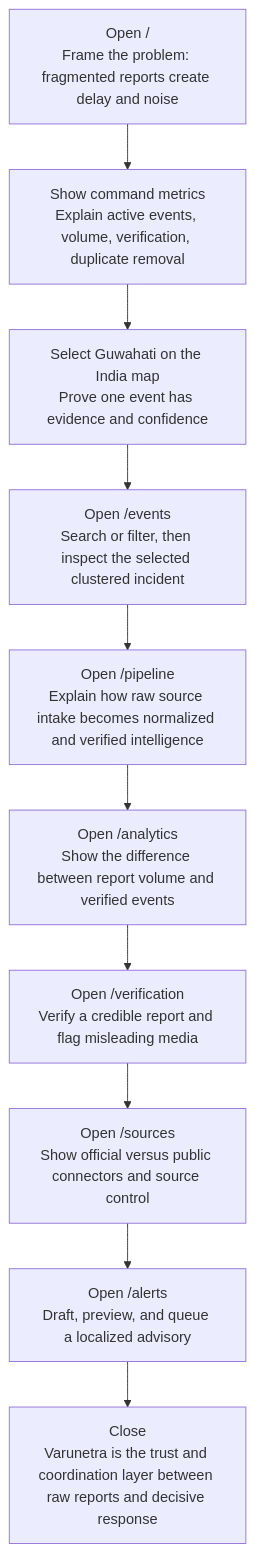
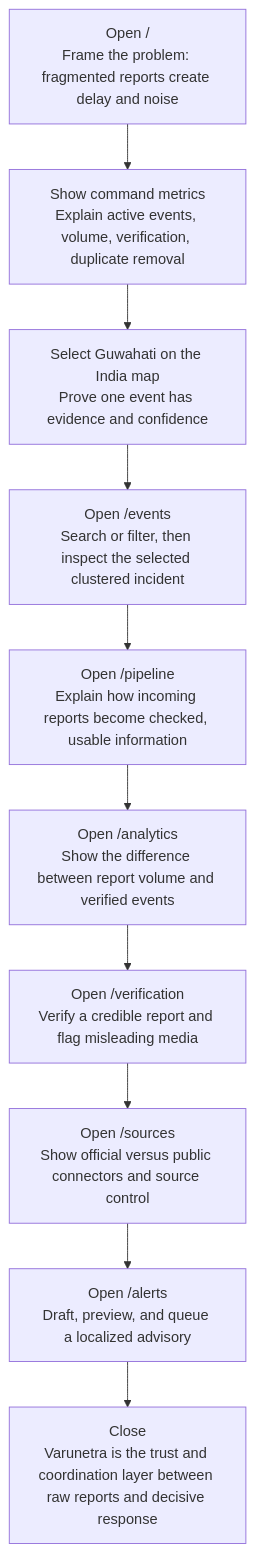
One commit to wrestle-R/SIH2026-weather changed the third of 3 diagrams in weather_ps/WEBSITE_ROUTE_AND_DEMO_GUIDE.md. Above: the diagram before and after it, drawn with Mermaid. The commit also changed other lines of this file and 11 other files, not shown here.

````diff
--- a/weather_ps/WEBSITE_ROUTE_AND_DEMO_GUIDE.md
+++ b/weather_ps/WEBSITE_ROUTE_AND_DEMO_GUIDE.md
@@ -150,12 +150,12 @@
 ```mermaid
 flowchart TD
     A["Open /\nFrame the problem: fragmented reports create delay and noise"] --> B["Show command metrics\nExplain active events, volume, verification, duplicate removal"]
     B --> C["Select Guwahati on the India map\nProve one event has evidence and confidence"]
     C --> D["Open /events\nSearch or filter, then inspect the selected clustered incident"]
-    D --> E["Open /pipeline\nExplain how raw source intake becomes normalized and verified intelligence"]
+    D --> E["Open /pipeline\nExplain how incoming reports become checked, usable information"]
     E --> F["Open /analytics\nShow the difference between report volume and verified events"]
     F --> G["Open /verification\nVerify a credible report and flag misleading media"]
     G --> H["Open /sources\nShow official versus public connectors and source control"]
     H --> I["Open /alerts\nDraft, preview, and queue a localized advisory"]
     I --> J["Close\nVarunetra is the trust and coordination layer between raw reports and decisive response"]
 ```
````
